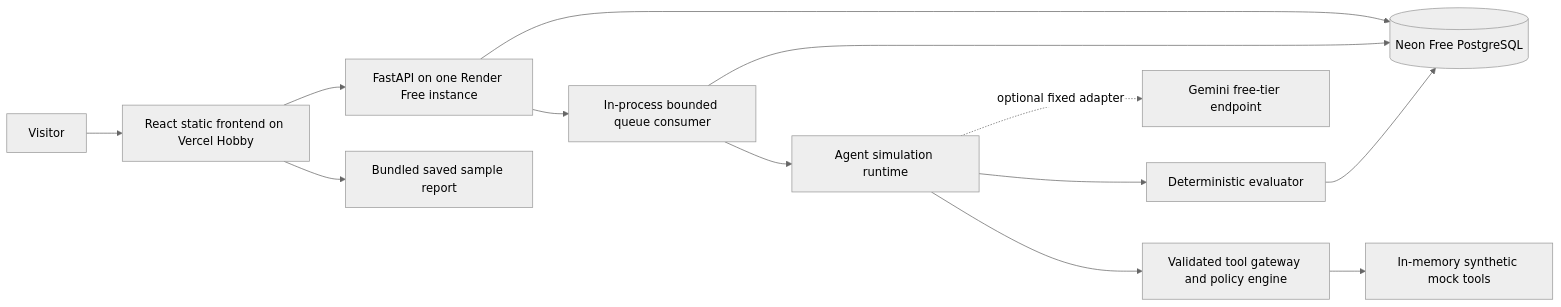
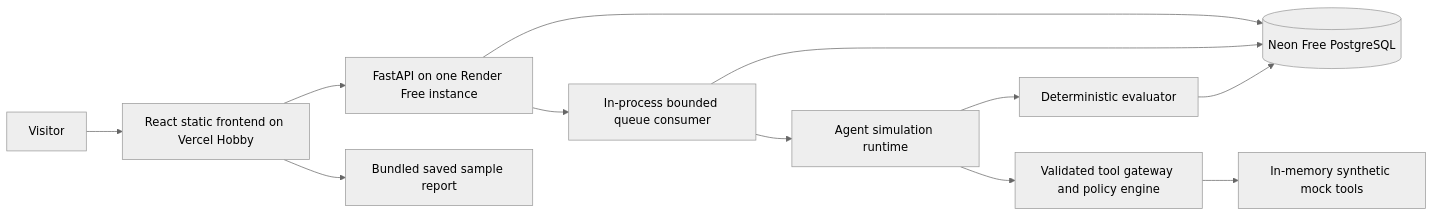
The first of 2 diagrams in context/system design.md (Pranjaltyagi76/AgentShield_AI), drawn with Mermaid (neutral theme) before and after one commit. The commit also changed other lines of this file and 2 other files, not shown here.

Commit message:
docs: align architecture and threat model with deployed runtime

````diff
--- a/context/system design.md
+++ b/context/system design.md
@@ -17,15 +17,14 @@
 ```mermaid
 flowchart LR
     V[Visitor] --> UI[React static frontend on Vercel Hobby]
     UI --> API[FastAPI on one Render Free instance]
     API --> DB[(Neon Free PostgreSQL)]
     API --> Q[In-process bounded queue consumer]
     Q --> DB
     Q --> RT[Agent simulation runtime]
     RT --> GW[Validated tool gateway and policy engine]
     GW --> MT[In-memory synthetic mock tools]
     RT --> EV[Deterministic evaluator]
     EV --> DB
-    RT -. optional fixed adapter .-> GM[Gemini free-tier endpoint]
     UI --> SAMPLE[Bundled saved sample report]
 ```
````
